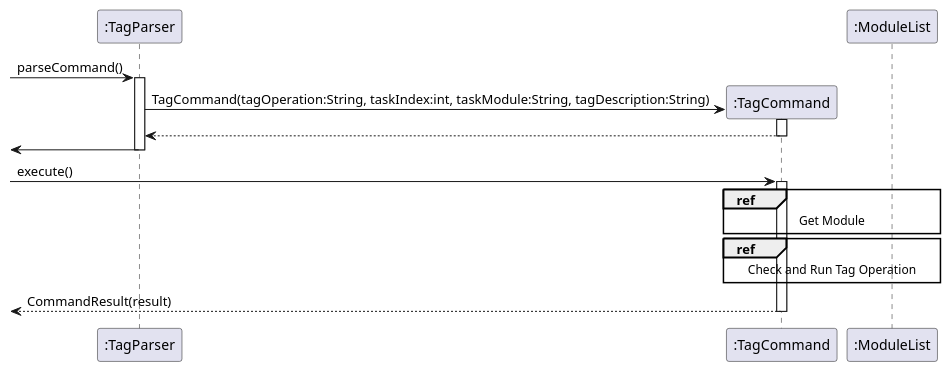
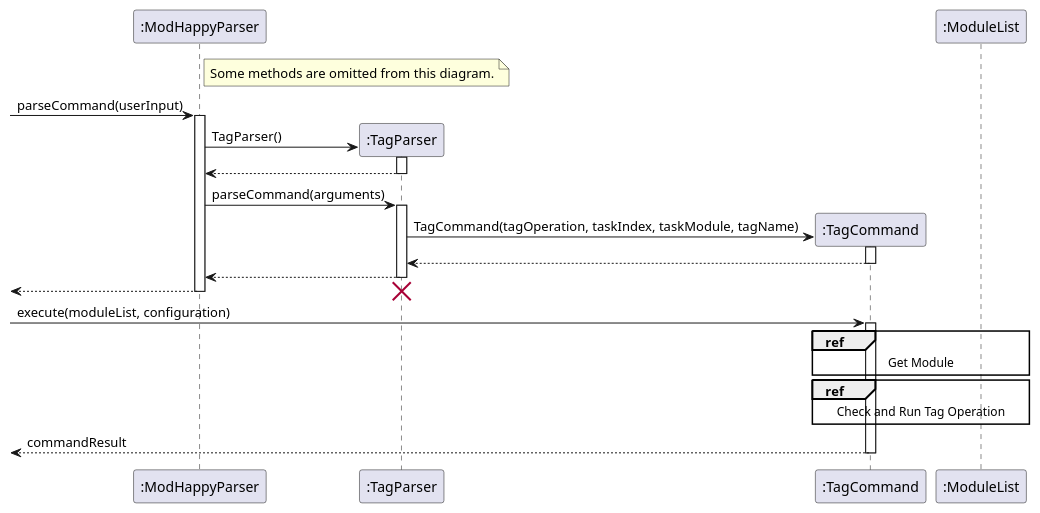
The diagram in docs/TagSeqDiagram/Tag.puml (nus-cs2113-AY2122S2/tp), drawn with PlantUML before and after one commit. The commit also changed 7 other files, not shown here.

Commit message:
Fix GPACommand bug, update UML diagrams

```diff
--- a/docs/TagSeqDiagram/Tag.puml
+++ b/docs/TagSeqDiagram/Tag.puml
@@ -1,25 +1,39 @@
 @startuml
 'https://plantuml.com/sequence-diagram
 
 skinparam shadowing false
+participant ":ModHappyParser" as ModHappyParser
 participant ":TagParser" as TagParser
 participant ":TagCommand" as TagCommand
 participant ":ModuleList" as ModuleList
 
-[->TagParser:parseCommand()
+note right of ModHappyParser
+Some methods are omitted from this diagram.
+end note
+
+[->ModHappyParser:parseCommand(userInput)
+activate ModHappyParser
+create TagParser
+ModHappyParser -> TagParser: TagParser()
+activate TagParser
+return
+
+ModHappyParser -> TagParser: parseCommand(arguments)
+activate TagParser
 create TagCommand
-activate TagParser
-TagParser -> TagCommand: TagCommand(tagOperation:String, taskIndex:int, taskModule:String, tagDescription:String)
+TagParser -> TagCommand: TagCommand(tagOperation, taskIndex, taskModule, tagName)
 activate TagCommand
 return
-[<- TagParser
-deactivate TagParser
+return
+return
 
-[->TagCommand:execute()
+destroy TagParser
+
+[->TagCommand:execute(moduleList, configuration)
 activate TagCommand
 
 ref over TagCommand, ModuleList: Get Module
 
 ref over TagCommand, ModuleList: Check and Run Tag Operation
-return CommandResult(result)
+return commandResult
 @enduml
```
